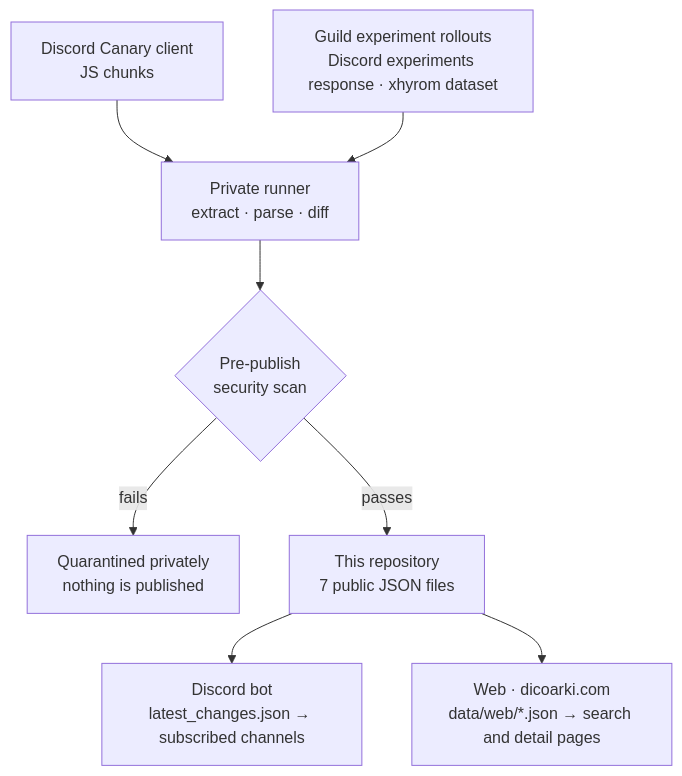
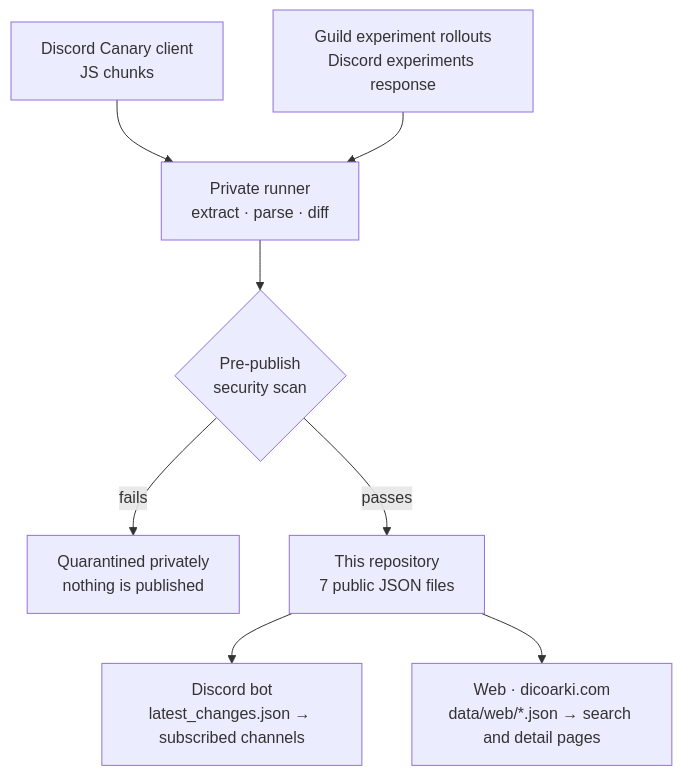
The diagram in README.md (yummygreengrape/discord-datamining), drawn with Mermaid before and after one commit. The commit also changed other lines of this file and 2 other files, not shown here.

Commit message:
docs: 갱신이 멈춘 xhyrom 배포 출처 제거 반영

````diff
--- a/README.md
+++ b/README.md
@@ -28,10 +28,10 @@
 ```mermaid
 flowchart TD
     A["Discord Canary client<br/>JS chunks"] --> B["Private runner<br/>extract · parse · diff"]
-    R["Guild experiment rollouts<br/>Discord experiments response · xhyrom dataset"] --> B
+    R["Guild experiment rollouts<br/>Discord experiments response"] --> B
     B --> C{"Pre-publish<br/>security scan"}
     C -- fails --> D["Quarantined privately<br/>nothing is published"]
     C -- passes --> E["This repository<br/>7 public JSON files"]
     E --> F["Discord bot<br/>latest_changes.json → subscribed channels"]
     E --> G["Web · dicoarki.com<br/>data/web/*.json → search and detail pages"]
 ```
````
